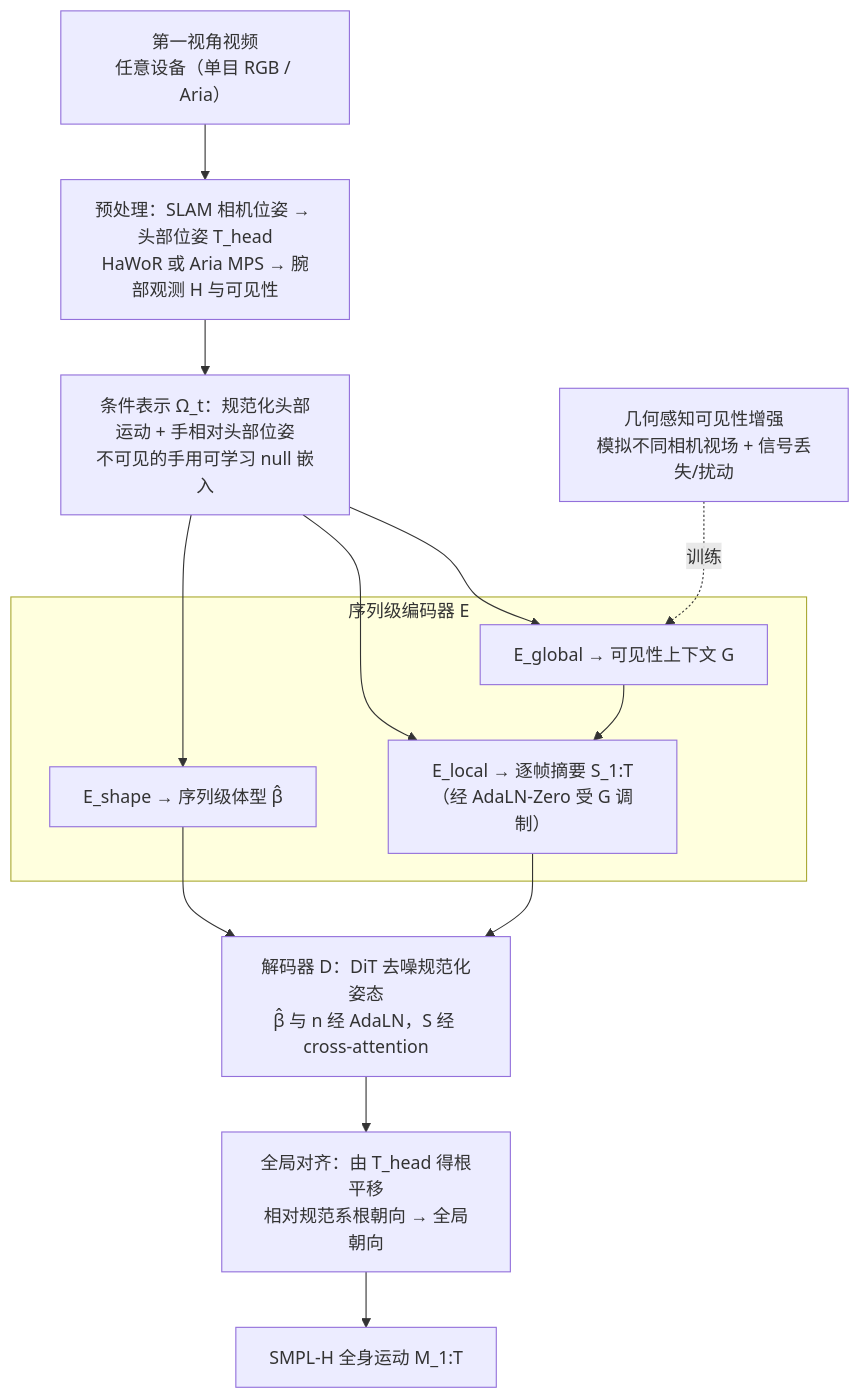
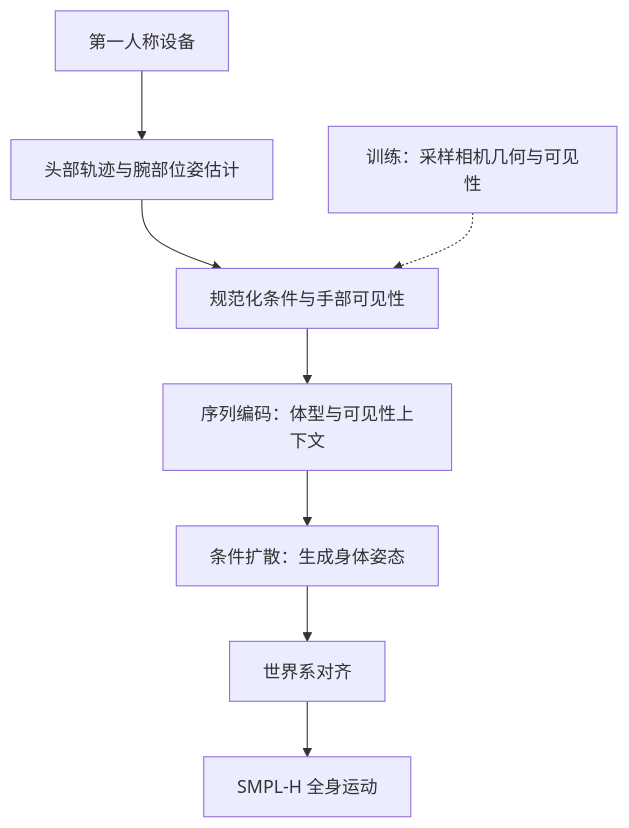
One commit to ImChong/Robotics_Notebooks changed the first of 2 diagrams in wiki/entities/paper-sa-2512-19283-omniegocap-camera-agnostic-sequence-level-egocen.md. Above: the diagram before and after it, drawn with Mermaid. The commit also changed other lines of this file, not shown here.

````diff
--- a/wiki/entities/paper-sa-2512-19283-omniegocap-camera-agnostic-sequence-level-egocen.md
+++ b/wiki/entities/paper-sa-2512-19283-omniegocap-camera-agnostic-sequence-level-egocen.md
@@ -47,19 +54,10 @@
 ```mermaid
 flowchart TD
-    V["第一视角视频<br/>任意设备（单目 RGB / Aria）"] --> PRE["预处理：SLAM 相机位姿 → 头部位姿 T_head<br/>HaWoR 或 Aria MPS → 腕部观测 H 与可见性"]
-    PRE --> COND["条件表示 Ω_t：规范化头部运动 + 手相对头部位姿<br/>不可见的手用可学习 null 嵌入"]
-    subgraph ENCB["序列级编码器 E"]
-        ESH["E_shape → 序列级体型 β̂"]
-        EGL["E_global → 可见性上下文 G"]
-        ELO["E_local → 逐帧摘要 S_1:T（经 AdaLN-Zero 受 G 调制）"]
-    end
-    COND --> ESH
-    COND --> EGL
-    COND --> ELO
-    EGL --> ELO
-    ESH --> DEC["解码器 D：DiT 去噪规范化姿态<br/>β̂ 与 n 经 AdaLN，S 经 cross-attention"]
-    ELO --> DEC
-    DEC --> GA["全局对齐：由 T_head 得根平移<br/>相对规范系根朝向 → 全局朝向"]
-    GA --> OUT["SMPL-H 全身运动 M_1:T"]
-    AUG["几何感知可见性增强<br/>模拟不同相机视场 + 信号丢失/扰动"] -. 训练 .-> EGL
+    I["第一人称设备"] --> P["头部轨迹与腕部位姿估计"]
+    P --> C["规范化条件与手部可见性"]
+    C --> E["序列编码：体型与可见性上下文"]
+    E --> D["条件扩散：生成身体姿态"]
+    D --> A["世界系对齐"]
+    A --> O["SMPL-H 全身运动"]
+    G["训练：采样相机几何与可见性"] -.-> C
 ```
````
